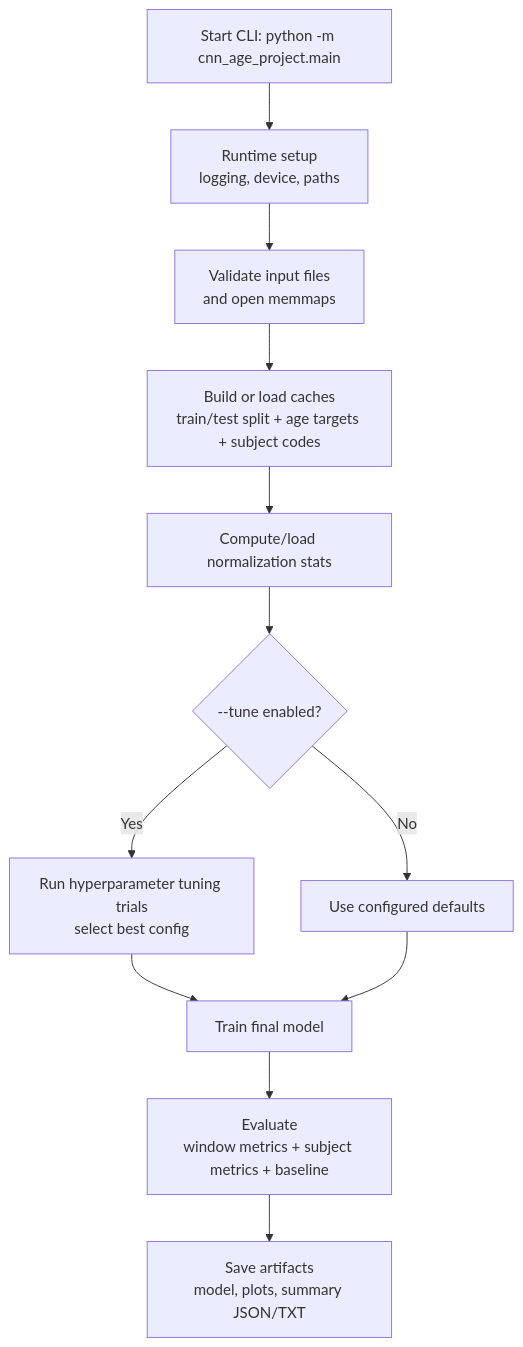
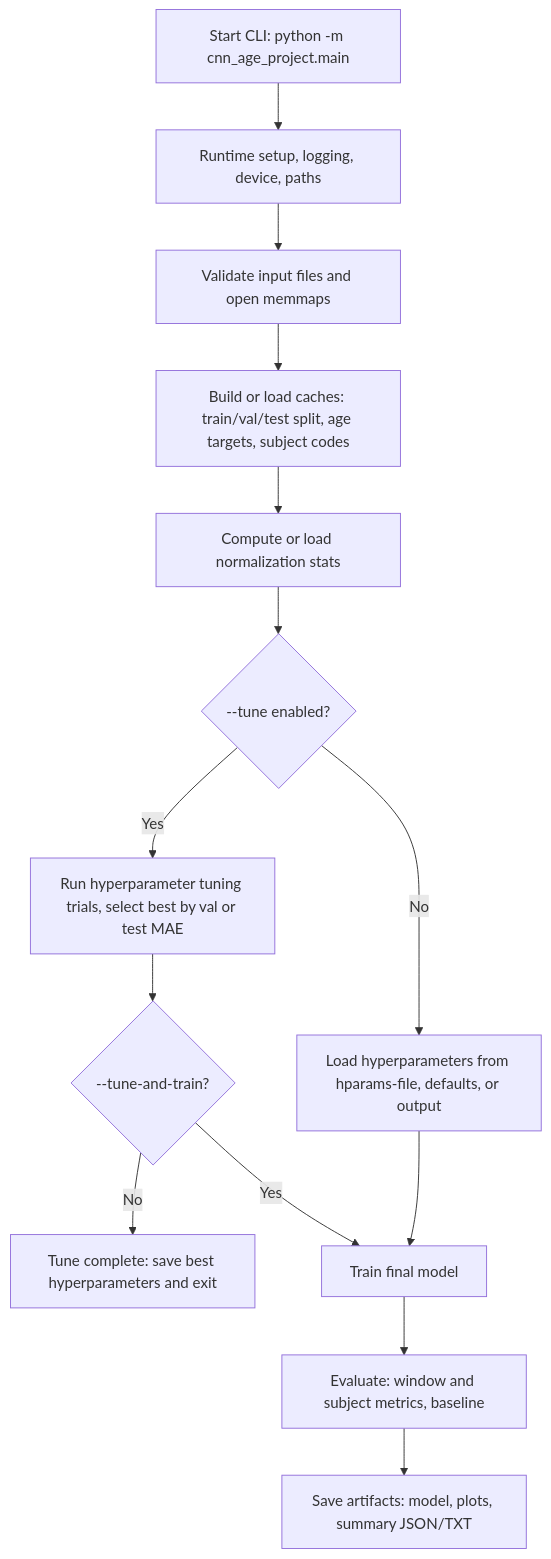
Before and after one commit to CJPerez-Dev/cfs_cnn_age: the diagram in README.md, drawn with Mermaid. The commit also changed other lines of this file and 11 other files, not shown here.

````diff
--- a/README.md
+++ b/README.md
@@ -59,14 +94,16 @@
 ```mermaid
 flowchart TD
-	A[Start CLI: python -m cnn_age_project.main] --> B[Runtime setup<br/>logging, device, paths]
-	B --> C[Validate input files<br/>and open memmaps]
-	C --> D[Build or load caches<br/>train/test split + age targets + subject codes]
-	D --> E[Compute/load normalization stats]
-	E --> F{--tune enabled?}
-	F -- Yes --> G[Run hyperparameter tuning trials<br/>select best config]
-	F -- No --> H[Use configured defaults]
-	G --> I[Train final model]
+	A["Start CLI: python -m cnn_age_project.main"] --> B["Runtime setup, logging, device, paths"]
+	B --> C["Validate input files and open memmaps"]
+	C --> D["Build or load caches: train/val/test split, age targets, subject codes"]
+	D --> E["Compute or load normalization stats"]
+	E --> F{"--tune enabled?"}
+	F -- Yes --> G["Run hyperparameter tuning trials, select best by val or test MAE"]
+	G --> T{"--tune-and-train?"}
+	T -- No --> END1["Tune complete: save best hyperparameters and exit"]
+	T -- Yes --> I["Train final model"]
+	F -- No --> H["Load hyperparameters from hparams-file, defaults, or output"]
 	H --> I
-	I --> J[Evaluate<br/>window metrics + subject metrics + baseline]
-	J --> K[Save artifacts<br/>model, plots, summary JSON/TXT]
+	I --> J["Evaluate: window and subject metrics, baseline"]
+	J --> K["Save artifacts: model, plots, summary JSON/TXT"]
 ```
````
